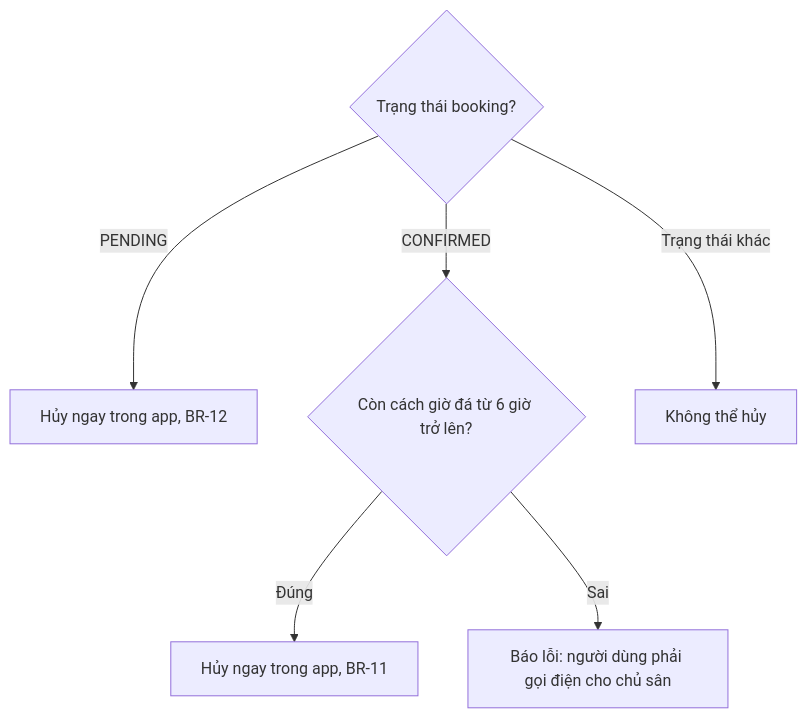
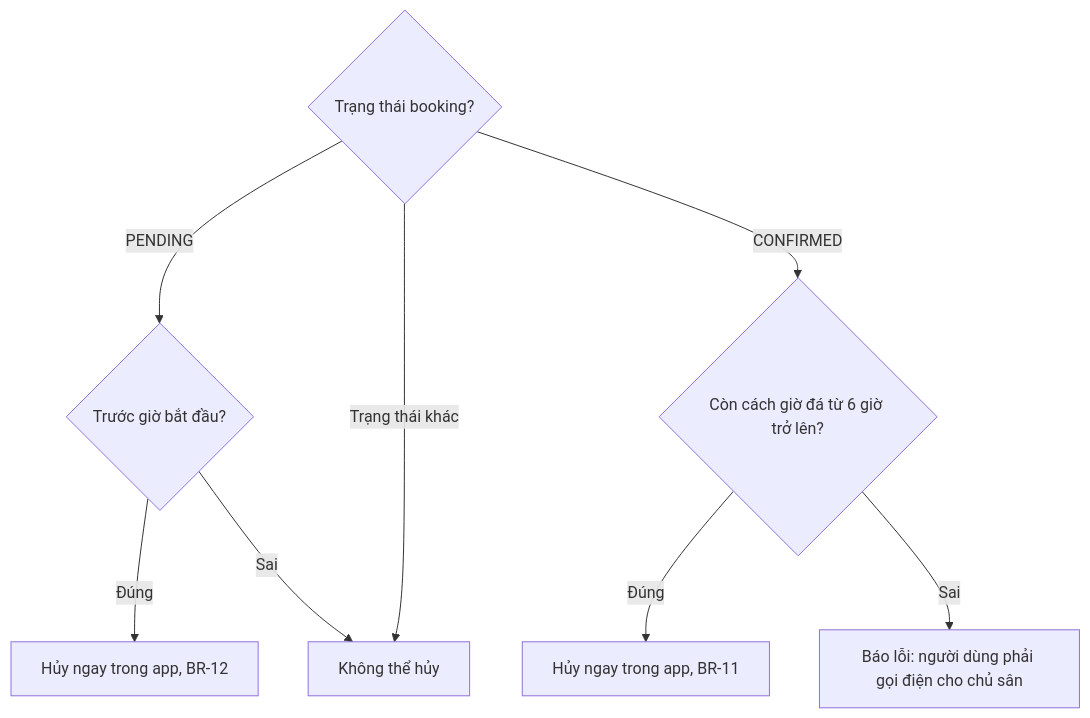
The ninth of 9 diagrams in docs/requirements/models.md (Tlerd/MON-Sport), drawn with Mermaid before and after one commit. The commit also changed other lines of this file, not shown here.

````diff
--- a/docs/requirements/models.md
+++ b/docs/requirements/models.md
@@ -255,9 +294,11 @@
 ```mermaid
 flowchart TD
     A{Trạng thái booking?}
-    A -- PENDING --> B[Hủy ngay trong app, BR-12]
+    A -- PENDING --> P{Trước giờ bắt đầu?}
+    P -- Đúng --> B[Hủy ngay trong app, BR-12]
+    P -- Sai --> D
     A -- CONFIRMED --> C{Còn cách giờ đá từ 6 giờ trở lên?}
     A -- Trạng thái khác --> D[Không thể hủy]
     C -- Đúng --> E[Hủy ngay trong app, BR-11]
     C -- Sai --> F[Báo lỗi: người dùng phải gọi điện cho chủ sân]
 ```
````
